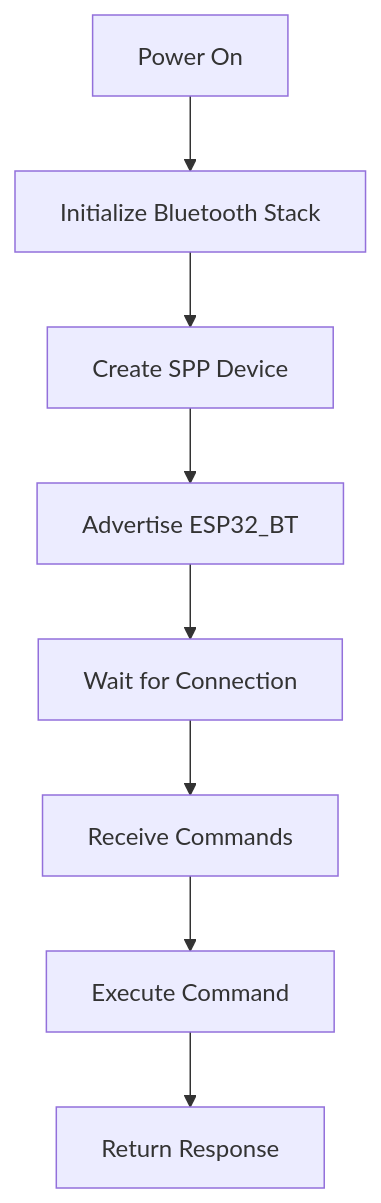
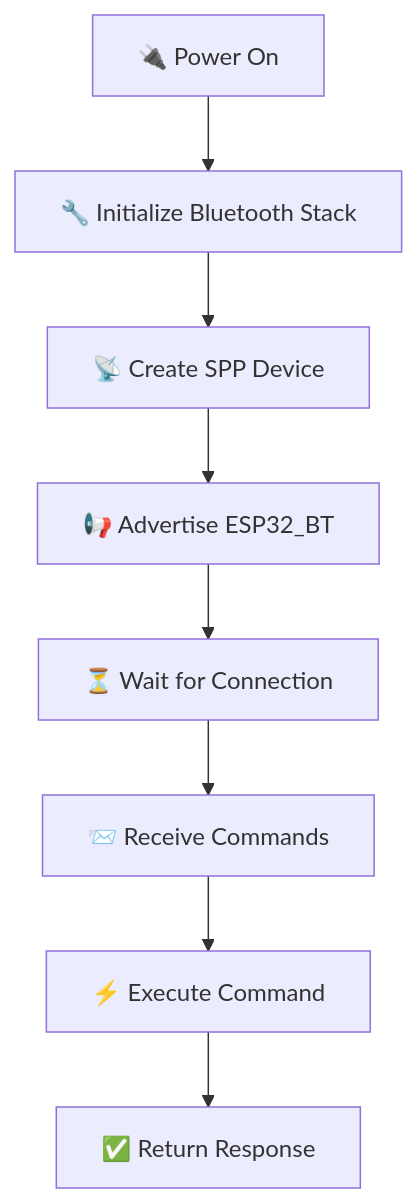
The second of 4 diagrams in README.md (paulocfmarques-collab/esp32_bluetooth), drawn with Mermaid before and after one commit. The commit also changed other lines of this file, not shown here.

````diff
--- a/README.md
+++ b/README.md
@@ -126,17 +114,10 @@
 ```mermaid
 flowchart TD
-
-    A[Power On] --> B[Initialize Bluetooth Stack]
-
-    B --> C[Create SPP Device]
-
-    C --> D[Advertise ESP32_BT]
-
-    D --> E[Wait for Connection]
-
-    E --> F[Receive Commands]
-
-    F --> G[Execute Command]
-
-    G --> H[Return Response]
+    A["🔌 Power On"] --> B["🔧 Initialize Bluetooth Stack"]
+    B --> C["📡 Create SPP Device"]
+    C --> D["📢 Advertise ESP32_BT"]
+    D --> E["⏳ Wait for Connection"]
+    E --> F["📨 Receive Commands"]
+    F --> G["⚡ Execute Command"]
+    G --> H["✅ Return Response"]
 ```
````
